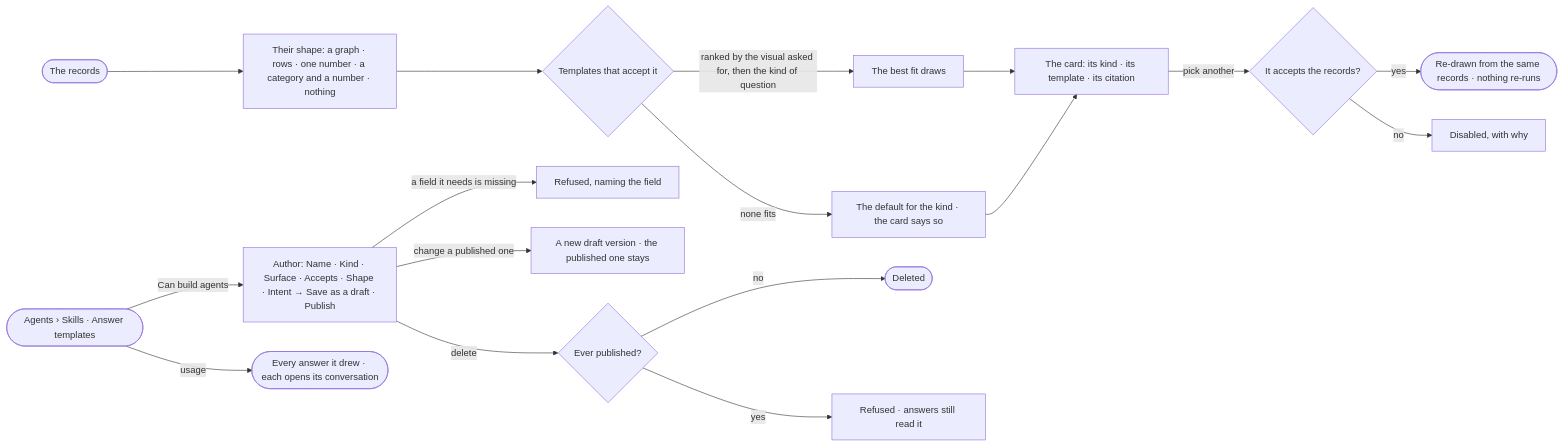
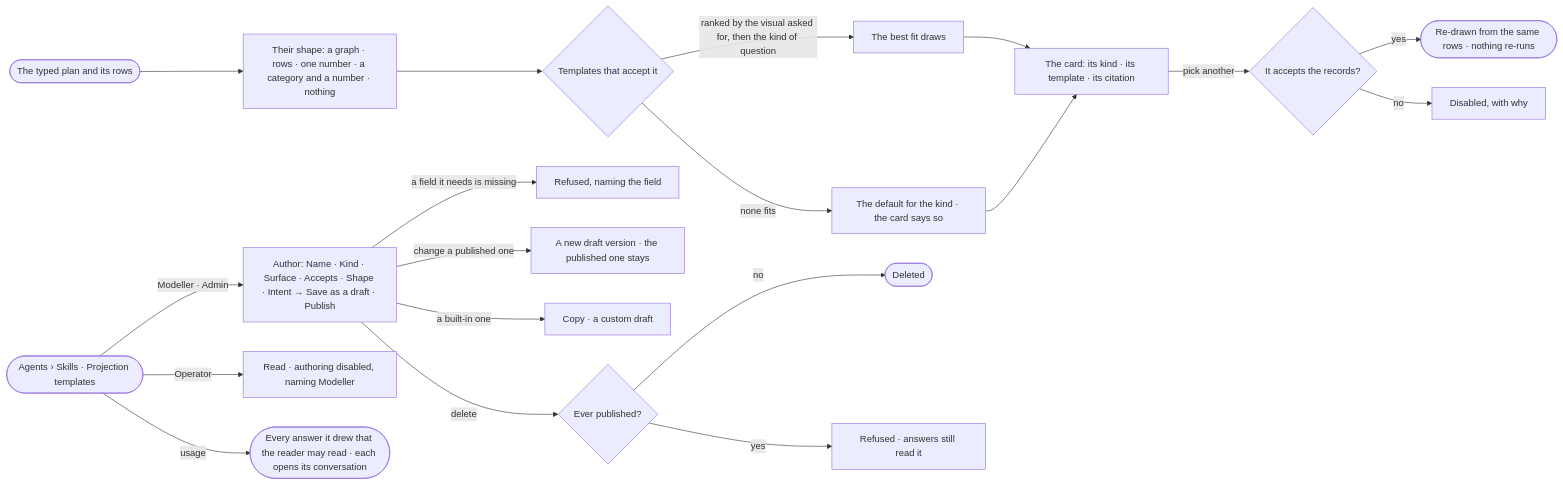
One commit to invana/invana changed the diagram in specs/capabilities/explore/features/EX-F04-the-answer/stories/EX-03-the-answer-in-the-shape-that-fits/story.md. Above: the diagram before and after it, drawn with Mermaid. The commit also changed other lines of this file and 522 other files, not shown here.

````diff
--- a/specs/capabilities/explore/features/EX-F04-the-answer/stories/EX-03-the-answer-in-the-shape-that-fits/story.md
+++ b/specs/capabilities/explore/features/EX-F04-the-answer/stories/EX-03-the-answer-in-the-shape-that-fits/story.md
@@ -27,19 +27,21 @@
 ```mermaid
 flowchart LR
-  r([The records]) --> s["Their shape: a graph · rows · one number · a category and a number · nothing"]
+  r([The typed plan and its rows]) --> s["Their shape: a graph · rows · one number · a category and a number · nothing"]
   s --> t{Templates that accept it}
   t -->|ranked by the visual asked for, then the kind of question| pick["The best fit draws"]
   t -->|none fits| def["The default for the kind · the card says so"]
   pick --> card["The card: its kind · its template · its citation"]
   def --> card
   card -->|pick another| sw{It accepts the records?}
-  sw -->|yes| re(["Re-drawn from the same records · nothing re-runs"])
+  sw -->|yes| re(["Re-drawn from the same rows · nothing re-runs"])
   sw -->|no| dis["Disabled, with why"]
-  tl([Agents › Skills · Answer templates]) -->|Can build agents| au["Author: Name · Kind · Surface · Accepts · Shape · Intent → Save as a draft · Publish"]
-  tl -->|usage| us(["Every answer it drew · each opens its conversation"])
+  tl([Agents › Skills · Projection templates]) -->|Modeller · Admin| au["Author: Name · Kind · Surface · Accepts · Shape · Intent → Save as a draft · Publish"]
+  tl -->|Operator| ro["Read · authoring disabled, naming Modeller"]
+  tl -->|usage| us(["Every answer it drew that the reader may read · each opens its conversation"])
   au -->|a field it needs is missing| ref["Refused, naming the field"]
   au -->|change a published one| nv["A new draft version · the published one stays"]
+  au -->|a built-in one| cp["Copy · a custom draft"]
   au -->|delete| dd{Ever published?}
   dd -->|no| gone(["Deleted"])
   dd -->|yes| keep["Refused · answers still read it"]
 ```
````
